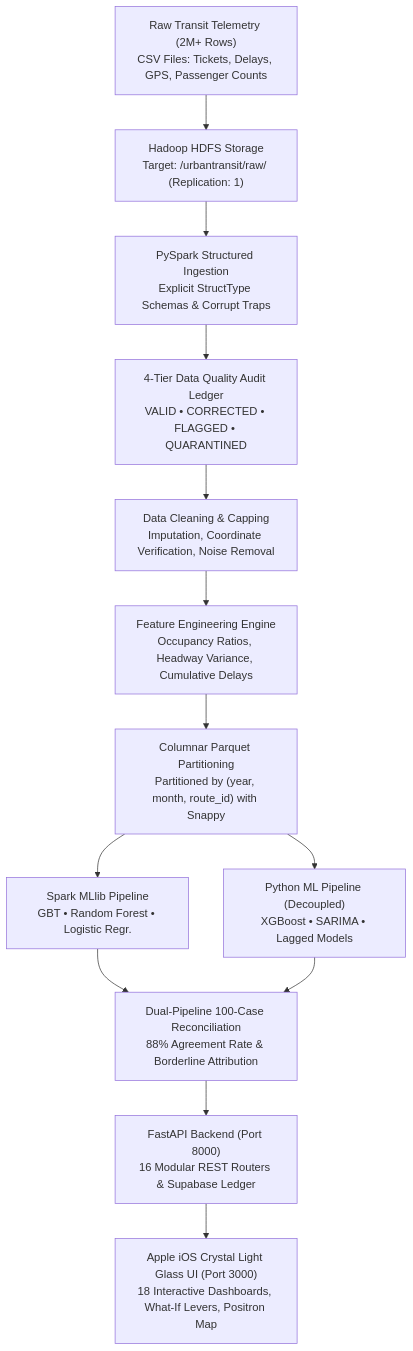
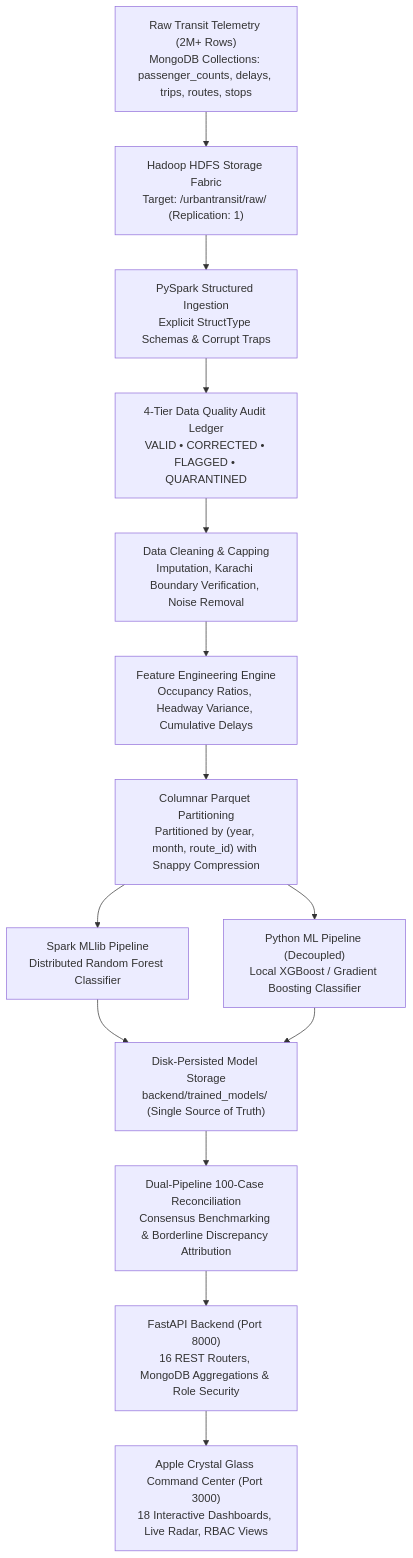
The diagram in README.md (Muhammadd-01/UrbanTransit_IQ), drawn with Mermaid before and after one commit. The commit also changed other lines of this file and 55 other files, not shown here.

````diff
--- a/README.md
+++ b/README.md
@@ -56,36 +56,39 @@
 ```mermaid
 flowchart TD
     A["Raw Transit Telemetry (2M+ Rows)
-CSV Files: Tickets, Delays, GPS, Passenger Counts"] --> B["Hadoop HDFS Storage
+MongoDB Collections: passenger_counts, delays, trips, routes, stops"] --> B["Hadoop HDFS Storage Fabric
 Target: /urbantransit/raw/ (Replication: 1)"]
     
     B --> C["PySpark Structured Ingestion
 Explicit StructType Schemas & Corrupt Traps"]
     
     C --> D["4-Tier Data Quality Audit Ledger
 VALID • CORRECTED • FLAGGED • QUARANTINED"]
     
     D --> E["Data Cleaning & Capping
-Imputation, Coordinate Verification, Noise Removal"]
+Imputation, Karachi Boundary Verification, Noise Removal"]
     
     E --> F["Feature Engineering Engine
 Occupancy Ratios, Headway Variance, Cumulative Delays"]
     
     F --> G["Columnar Parquet Partitioning
-Partitioned by (year, month, route_id) with Snappy"]
+Partitioned by (year, month, route_id) with Snappy Compression"]
     
     G --> H1["Spark MLlib Pipeline
-GBT • Random Forest • Logistic Regr."]
+Distributed Random Forest Classifier"]
     G --> H2["Python ML Pipeline (Decoupled)
-XGBoost • SARIMA • Lagged Models"]
+Local XGBoost / Gradient Boosting Classifier"]
     
-    H1 --> I["Dual-Pipeline 100-Case Reconciliation
-88% Agreement Rate & Borderline Attribution"]
+    H1 --> I["Disk-Persisted Model Storage
+backend/trained_models/ (Single Source of Truth)"]
     H2 --> I
     
-    I --> J["FastAPI Backend (Port 8000)
-16 Modular REST Routers & Supabase Ledger"]
+    I --> J["Dual-Pipeline 100-Case Reconciliation
+Consensus Benchmarking & Borderline Discrepancy Attribution"]
     
-    J --> K["Apple iOS Crystal Light Glass UI (Port 3000)
-18 Interactive Dashboards, What-If Levers, Positron Map"]
+    J --> K["FastAPI Backend (Port 8000)
+16 REST Routers, MongoDB Aggregations & Role Security"]
+    
+    K --> L["Apple Crystal Glass Command Center (Port 3000)
+18 Interactive Dashboards, Live Radar, RBAC Views"]
 ```
````
